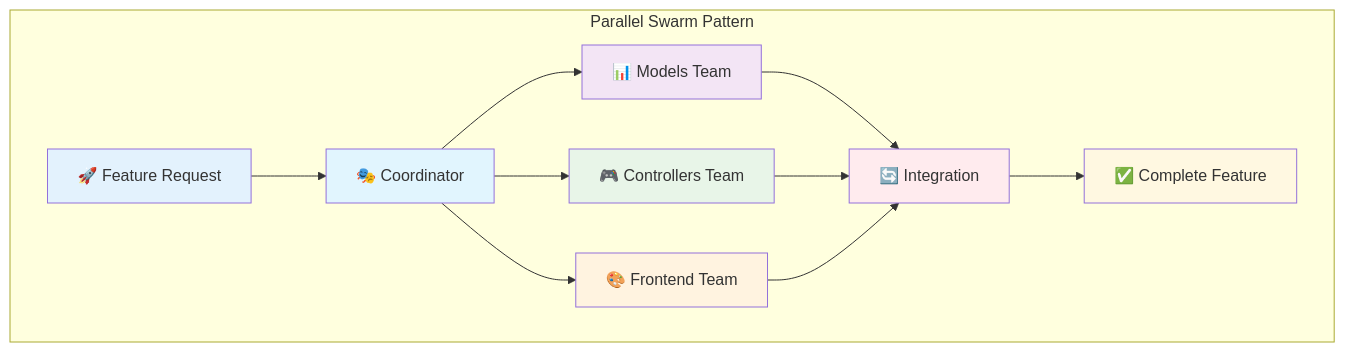
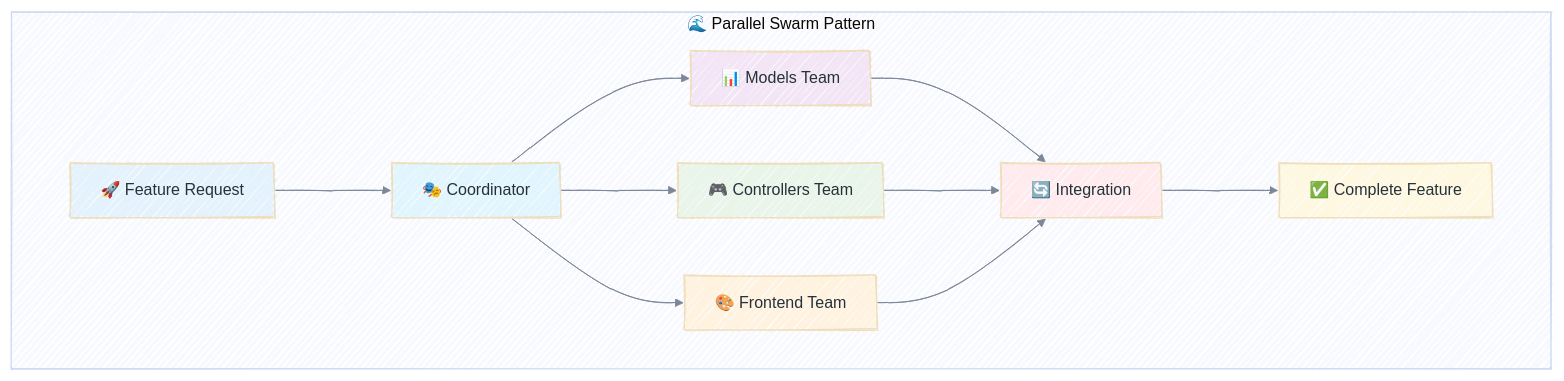
One commit to enogrob/enogrob.github.io changed the fifth of 16 diagrams in _posts/2025-06-29-claudeonrails-ai-powered-rails-development-swarm.md. Above: the diagram before and after it, drawn with Mermaid. The commit also changed other lines of this file and 12 other files, not shown here.

````diff
--- a/_posts/2025-06-29-claudeonrails-ai-powered-rails-development-swarm.md
+++ b/_posts/2025-06-29-claudeonrails-ai-powered-rails-development-swarm.md
@@ -193,21 +197,22 @@
 ```mermaid!
-graph 
-    subgraph "Parallel Swarm Pattern"
+%%{init: {"theme": "base", "look": "handDrawn", "themeVariables": {"fontFamily": "ui-sans-serif, system-ui, sans-serif", "lineColor": "#7c8798", "primaryTextColor": "#263238"}, "flowchart": {"nodeSpacing": 55, "rankSpacing": 90}}}%%
+flowchart TD
+    subgraph Parallel["🌊 Parallel Swarm Pattern"]
         A["🚀 Feature Request"] --> B["🎭 Coordinator"]
         B --> C["📊 Models Team"]
         B --> D["🎮 Controllers Team"]
         B --> E["🎨 Frontend Team"]
         C --> F["🔄 Integration"]
         D --> F
         E --> F
         F --> G["✅ Complete Feature"]
     end
     
     style A fill:#e3f2fd
     style B fill:#e1f5fe
     style C fill:#f3e5f5
     style D fill:#e8f5e8
     style E fill:#fff3e0
     style F fill:#ffebee
     style G fill:#fff8e1
 ```
````
